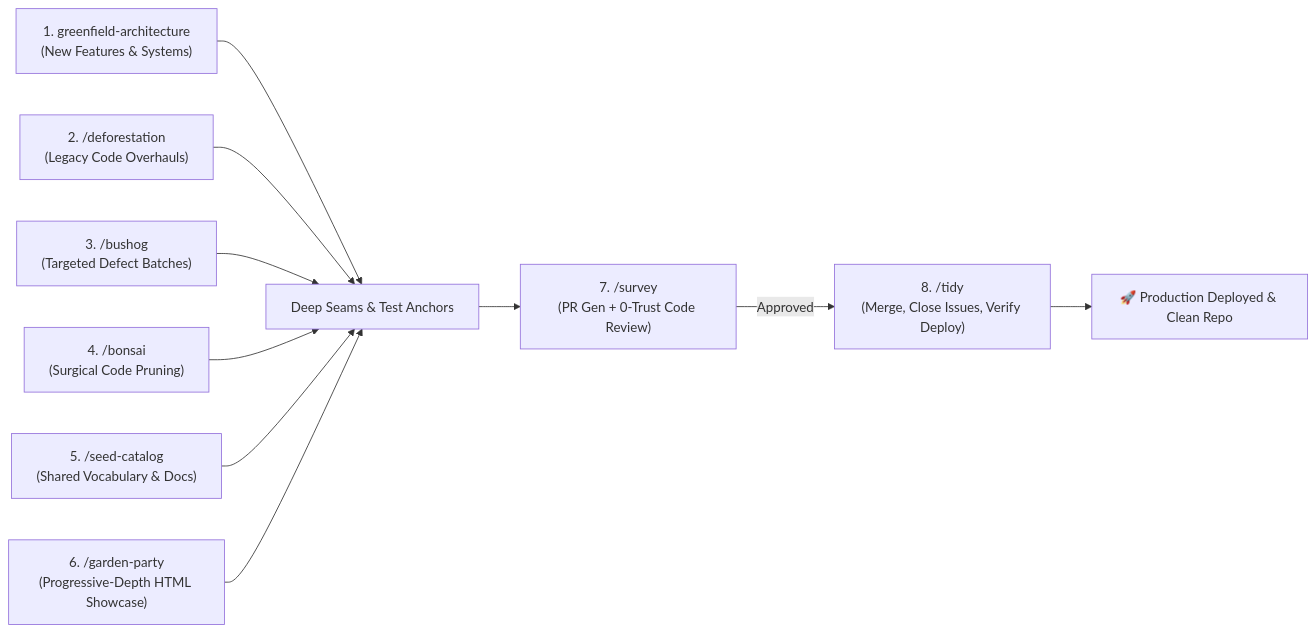
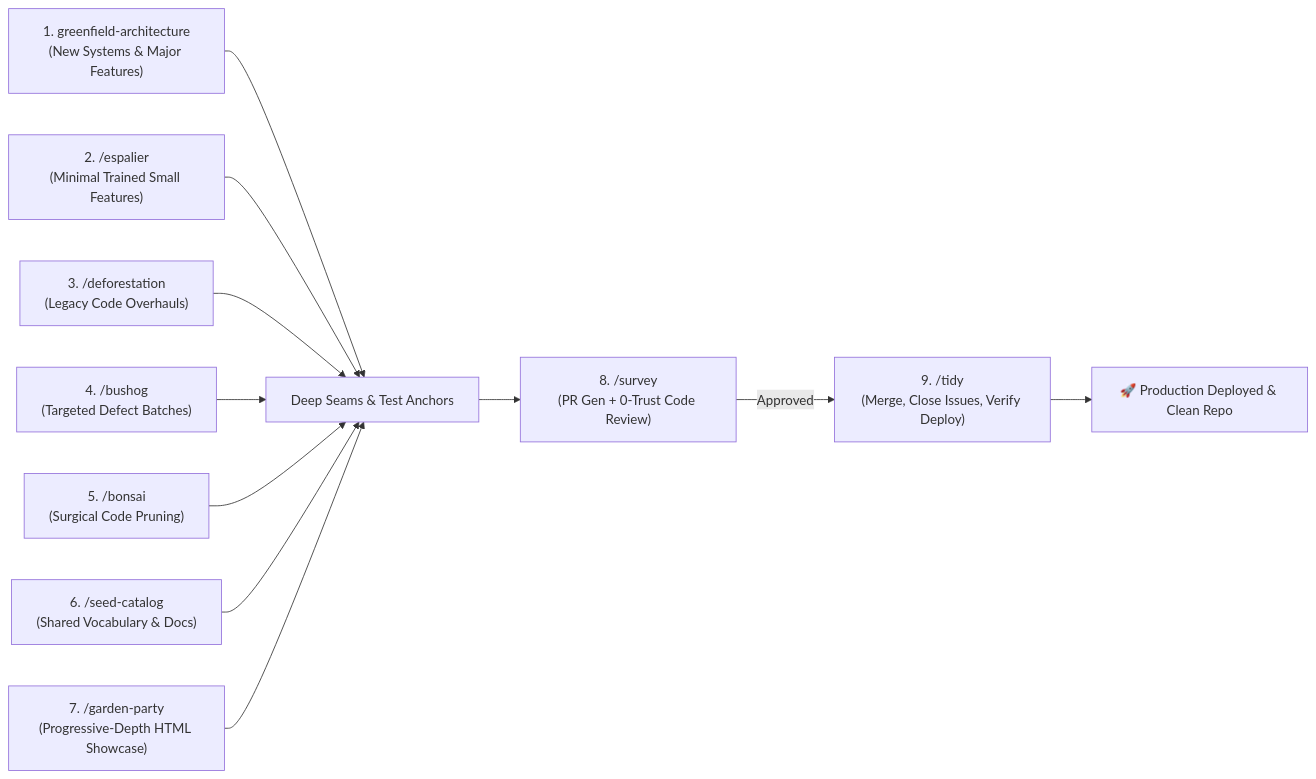
Before and after one commit to mcmxciillan/code-gardening: the diagram in docs/WORKFLOWS.md, drawn with Mermaid. The commit also changed other lines of this file and 10 other files, not shown here.

Commit message:
feat(espalier): add /espalier minimal-code small feature skill combining greenfield-architecture and bonsai (#3)

````diff
--- a/docs/WORKFLOWS.md
+++ b/docs/WORKFLOWS.md
@@ -5,12 +5,13 @@
 ```mermaid
 graph LR
-    A["1. greenfield-architecture<br>(New Features & Systems)"] --> G["Deep Seams & Test Anchors"]
-    B["2. /deforestation<br>(Legacy Code Overhauls)"] --> G
-    C["3. /bushog<br>(Targeted Defect Batches)"] --> G
-    H["4. /bonsai<br>(Surgical Code Pruning)"] --> G
-    S["5. /seed-catalog<br>(Shared Vocabulary & Docs)"] --> G
-    P["6. /garden-party<br>(Progressive-Depth HTML Showcase)"] --> G
-    G --> D["7. /survey<br>(PR Gen + 0-Trust Code Review)"]
-    D -->|Approved| E["8. /tidy<br>(Merge, Close Issues, Verify Deploy)"]
+    A["1. greenfield-architecture<br>(New Systems & Major Features)"] --> G["Deep Seams & Test Anchors"]
+    E1["2. /espalier<br>(Minimal Trained Small Features)"] --> G
+    B["3. /deforestation<br>(Legacy Code Overhauls)"] --> G
+    C["4. /bushog<br>(Targeted Defect Batches)"] --> G
+    H["5. /bonsai<br>(Surgical Code Pruning)"] --> G
+    S["6. /seed-catalog<br>(Shared Vocabulary & Docs)"] --> G
+    P["7. /garden-party<br>(Progressive-Depth HTML Showcase)"] --> G
+    G --> D["8. /survey<br>(PR Gen + 0-Trust Code Review)"]
+    D -->|Approved| E["9. /tidy<br>(Merge, Close Issues, Verify Deploy)"]
     E --> F["🚀 Production Deployed & Clean Repo"]
 ```
````
